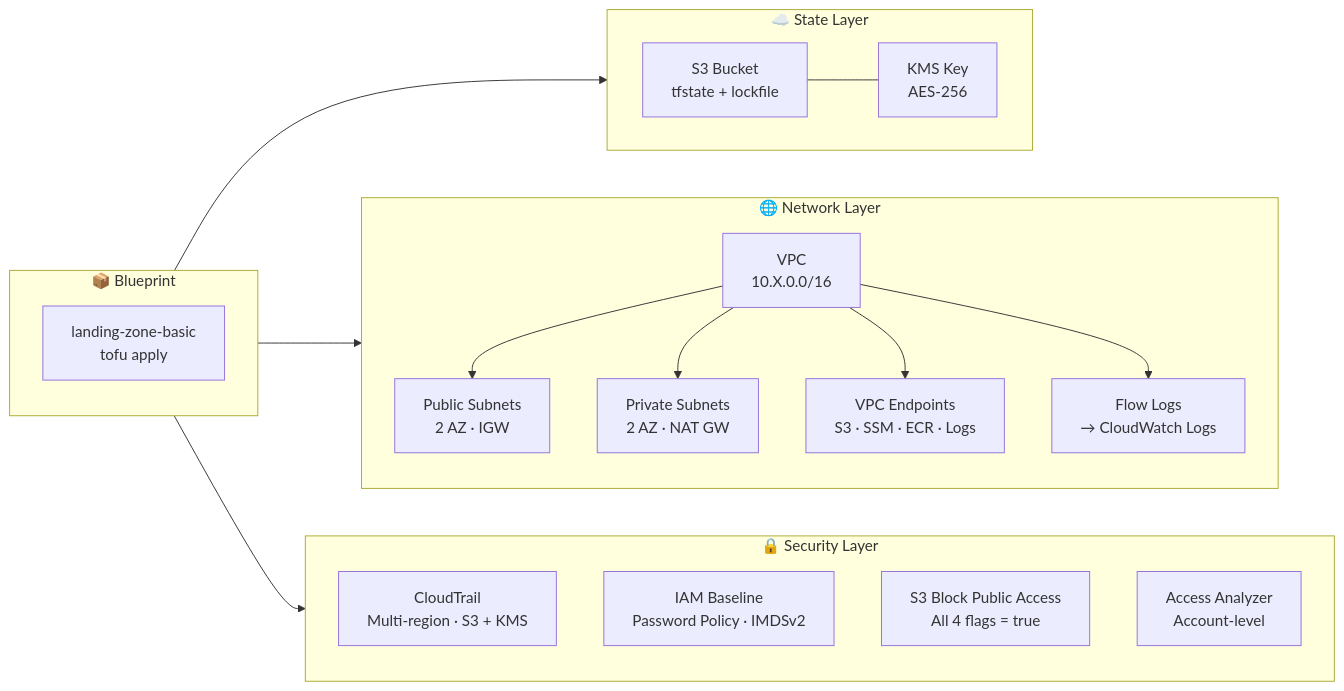
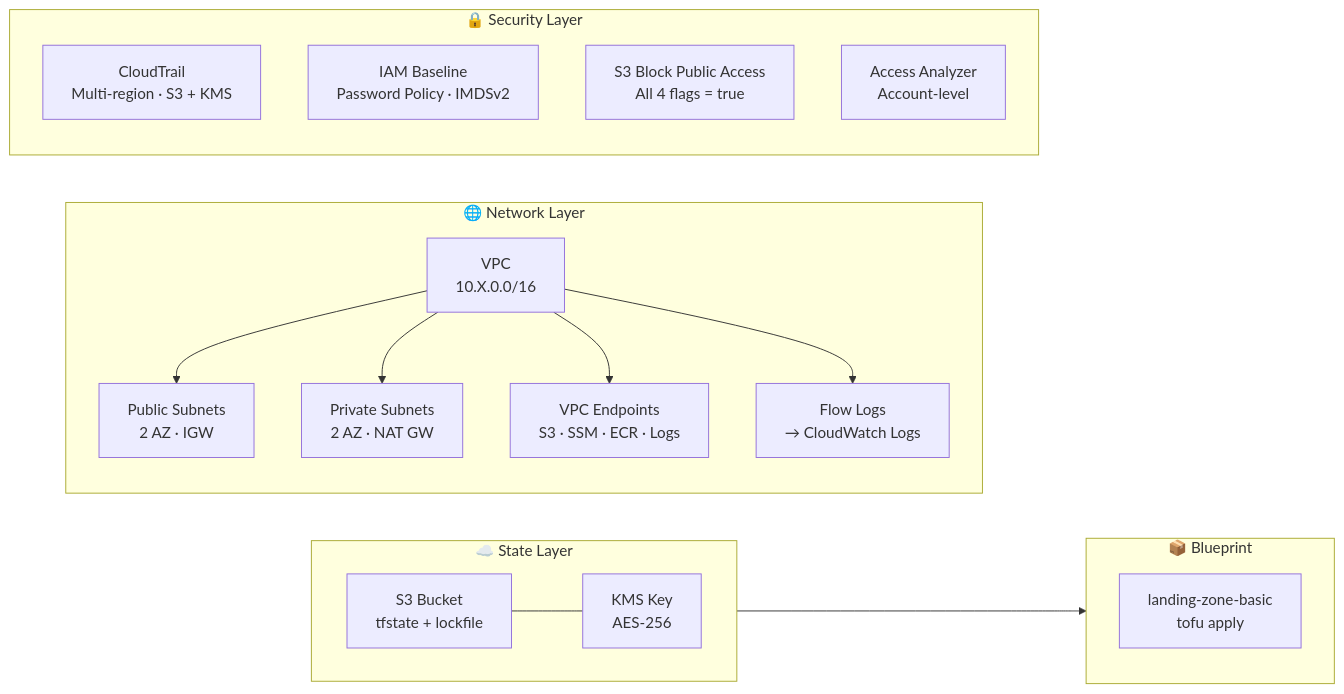
The diagram in README.md (XanCloud/xancloud-iac), drawn with Mermaid before and after one commit. The commit also changed other lines of this file and 16 other files, not shown here.

````diff
--- a/README.md
+++ b/README.md
@@ -29,32 +41,30 @@
 ```mermaid
 %%{init: {"flowchart": {"htmlLabels": false}} }%%
 flowchart LR
     subgraph STATE["☁️ State Layer"]
         direction LR
         S3["S3 Bucket<br/>tfstate + lockfile"] --- KMS["KMS Key<br/>AES-256"]
     end
 
     subgraph NET["🌐 Network Layer"]
         direction TB
         VPC["VPC<br/>10.X.0.0/16"] --> PUB["Public Subnets<br/>2 AZ · IGW"]
         VPC --> PRIV["Private Subnets<br/>2 AZ · NAT GW"]
         VPC --> EP["VPC Endpoints<br/>S3 · SSM · ECR · Logs"]
         VPC --> FL["Flow Logs<br/>→ CloudWatch Logs"]
     end
 
     subgraph SEC["🔒 Security Layer"]
         direction TB
         CT["CloudTrail<br/>Multi-region · S3 + KMS"] 
         IAM["IAM Baseline<br/>Password Policy · IMDSv2"]
         S3BPA["S3 Block Public Access<br/>All 4 flags = true"]
         AA["Access Analyzer<br/>Account-level"]
     end
 
     subgraph BP["📦 Blueprint"]
         LZ["landing-zone-basic<br/>tofu apply"]
     end
 
-    BP --> STATE
-    BP --> NET
-    BP --> SEC
+    STATE --> BP
 ```
````
